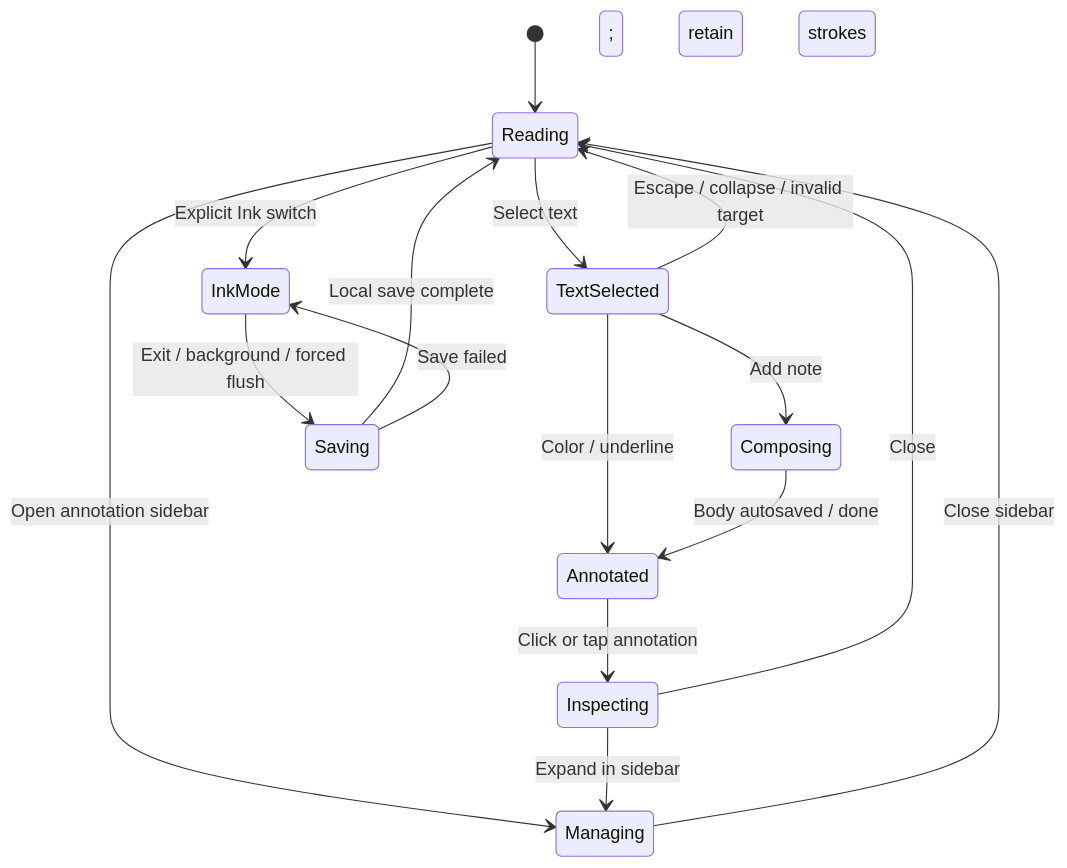
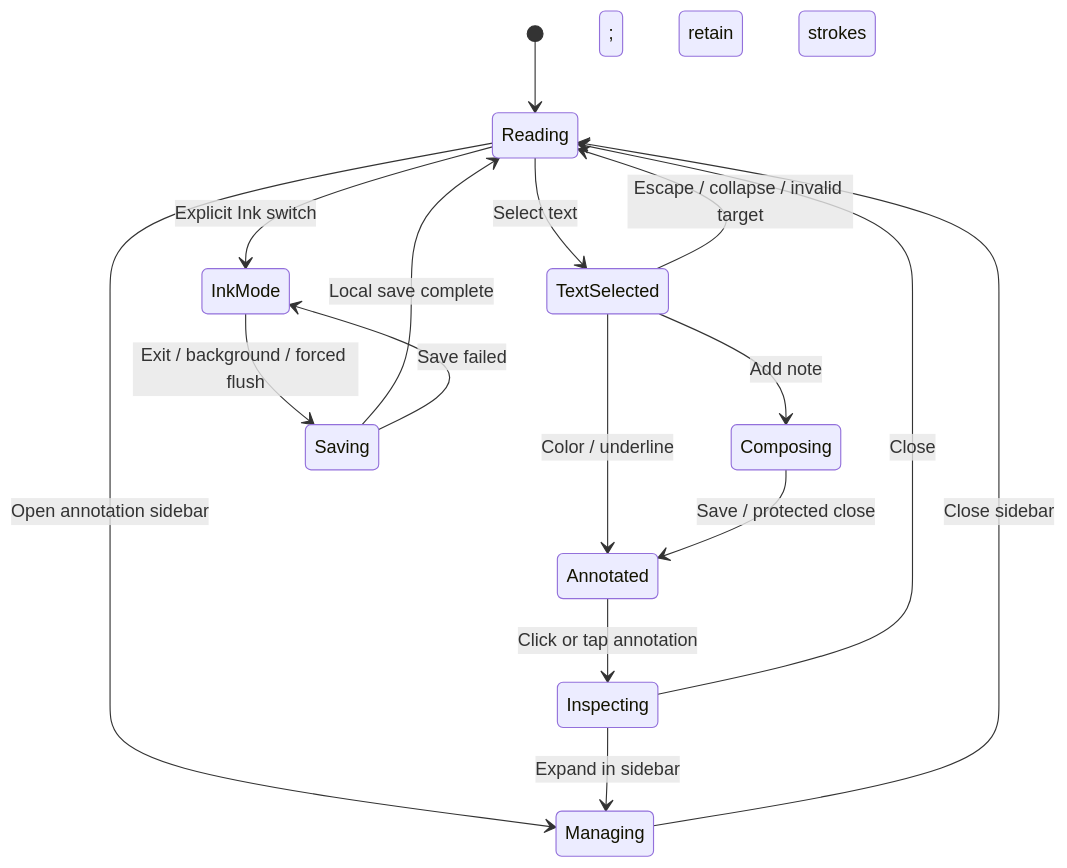
The third of 3 diagrams in docs/specs/2026-07-14-obsidian-annotation-plugin-design.md (ivan-94/obsidian-plugin-ink-annotation), drawn with Mermaid before and after one commit. The commit also changed other lines of this file and 95 other files, not shown here.

````diff
--- a/docs/specs/2026-07-14-obsidian-annotation-plugin-design.md
+++ b/docs/specs/2026-07-14-obsidian-annotation-plugin-design.md
@@ -705,21 +706,21 @@
 ```mermaid
 stateDiagram-v2
     [*] --> Reading
 
     Reading --> TextSelected: Select text
     TextSelected --> Reading: Escape / collapse / invalid target
     TextSelected --> Annotated: Color / underline
     TextSelected --> Composing: Add note
-    Composing --> Annotated: Body autosaved / done
+    Composing --> Annotated: Save / protected close
     Annotated --> Inspecting: Click or tap annotation
     Inspecting --> Reading: Close
 
     Reading --> InkMode: Explicit Ink switch
     InkMode --> Saving: Exit / background / forced flush
     Saving --> Reading: Local save complete
     Saving --> InkMode: Save failed; retain strokes
 
     Reading --> Managing: Open annotation sidebar
     Inspecting --> Managing: Expand in sidebar
     Managing --> Reading: Close sidebar
 ```
````
